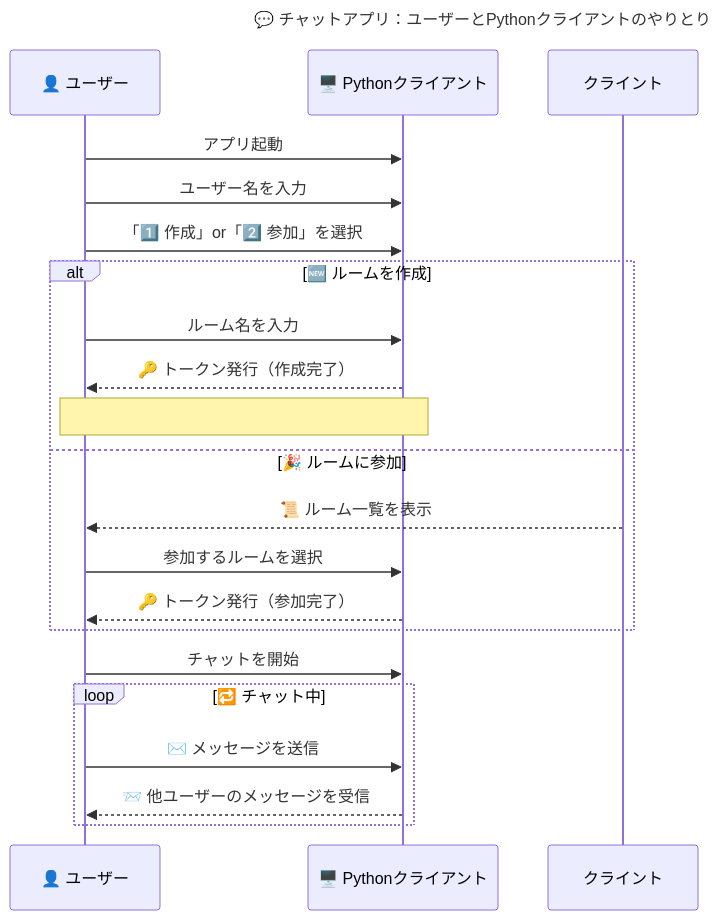
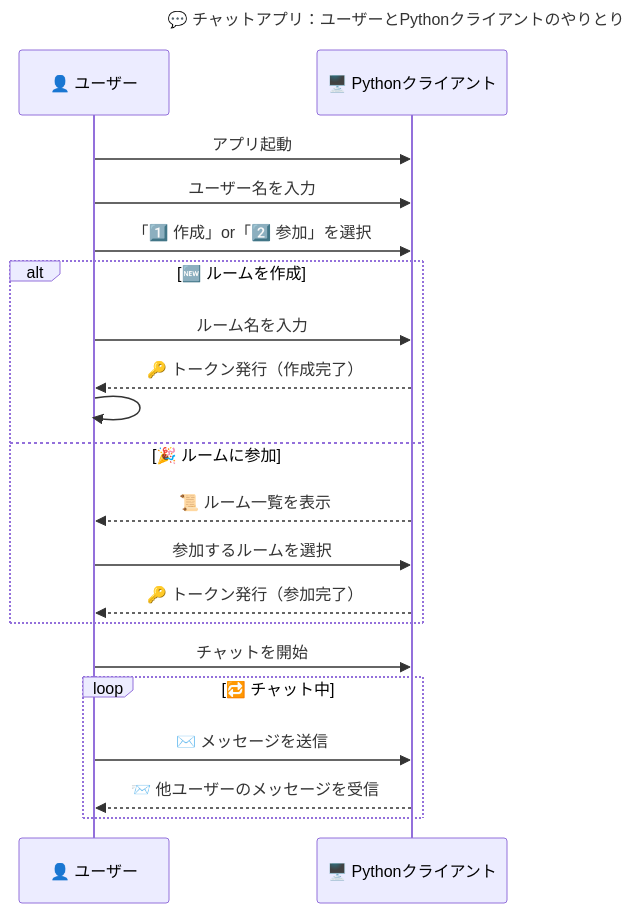
The first of 2 diagrams in README.md (BackendExplorer/Tenshin), drawn with Mermaid before and after one commit.

````diff
--- a/README.md
+++ b/README.md
@@ -1,35 +1,35 @@
 ```mermaid
 sequenceDiagram
     title 💬 チャットアプリ：ユーザーとPythonクライアントのやりとり
 
     participant ユーザー as 👤 ユーザー
     participant クライアント as 🖥️ Pythonクライアント
 
     %% === 🚀 起動フェーズ ===
     ユーザー->>クライアント: アプリ起動
     ユーザー->>クライアント: ユーザー名を入力
     ユーザー->>クライアント: 「1️⃣ 作成」or「2️⃣ 参加」を選択
 
     %% === 🏠 ルーム選択フェーズ ===
     alt 🆕 ルームを作成
         ユーザー->>クライアント: ルーム名を入力
         クライアント-->>ユーザー: 🔑 トークン発行（作成完了）
 
-        %% スペースを空けて視認性向上
-        Note over ユーザー,クライアント: 　
+        %% ダミーの不可視メッセージで余白を作る
+        ユーザー->>ユーザー: 
 
     else 🎉 ルームに参加
-        クライント-->>ユーザー: 📜 ルーム一覧を表示
+        クライアント-->>ユーザー: 📜 ルーム一覧を表示
         ユーザー->>クライアント: 参加するルームを選択
         クライアント-->>ユーザー: 🔑 トークン発行（参加完了）
     end
 
     %% === 💬 チャットフェーズ ===
     ユーザー->>クライアント: チャットを開始
 
     loop 🔁 チャット中
         ユーザー->>クライアント: ✉️ メッセージを送信
         クライアント-->>ユーザー: 📨 他ユーザーのメッセージを受信
     end
 
 ```
````
